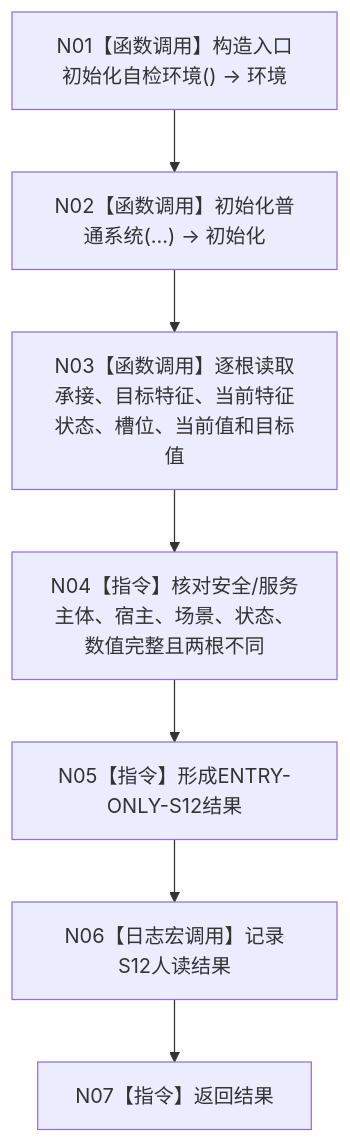
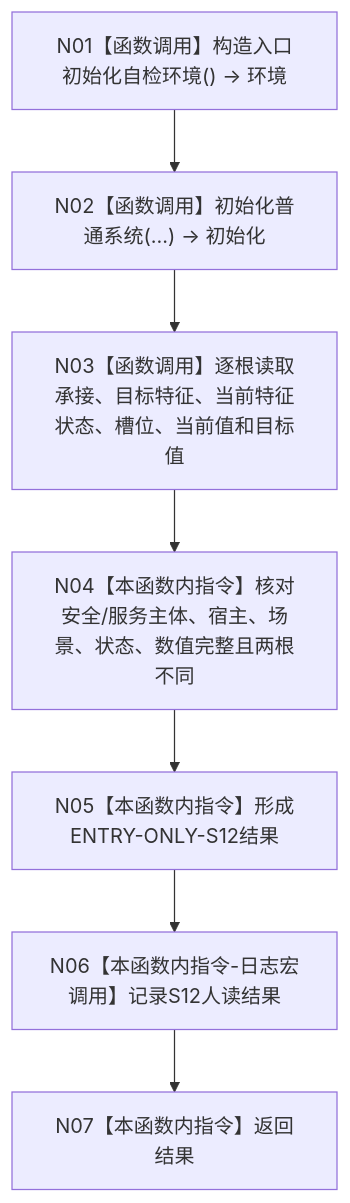
The diagram in 流程图/20260726_ENTRY-ONLY_S12_安全与服务根需求完整读回_施工流程图_v0.1.md (chunhaizh-cyber/HY-Ego), drawn with Mermaid before and after one commit. The commit also changed other lines of this file and 88 other files, not shown here.

````diff
--- a/流程图/20260726_ENTRY-ONLY_S12_安全与服务根需求完整读回_施工流程图_v0.1.md
+++ b/流程图/20260726_ENTRY-ONLY_S12_安全与服务根需求完整读回_施工流程图_v0.1.md
@@ -7,9 +27,9 @@
 ```mermaid
 flowchart TD
     N01["N01【函数调用】构造入口初始化自检环境() -> 环境"] --> N02["N02【函数调用】初始化普通系统(...) -> 初始化"]
     N02 --> N03["N03【函数调用】逐根读取承接、目标特征、当前特征状态、槽位、当前值和目标值"]
-    N03 --> N04["N04【指令】核对安全/服务主体、宿主、场景、状态、数值完整且两根不同"]
-    N04 --> N05["N05【指令】形成ENTRY-ONLY-S12结果"]
-    N05 --> N06["N06【日志宏调用】记录S12人读结果"]
-    N06 --> N07["N07【指令】返回结果"]
+    N03 --> N04["N04【本函数内指令】核对安全/服务主体、宿主、场景、状态、数值完整且两根不同"]
+    N04 --> N05["N05【本函数内指令】形成ENTRY-ONLY-S12结果"]
+    N05 --> N06["N06【本函数内指令-日志宏调用】记录S12人读结果"]
+    N06 --> N07["N07【本函数内指令】返回结果"]
 ```
````
